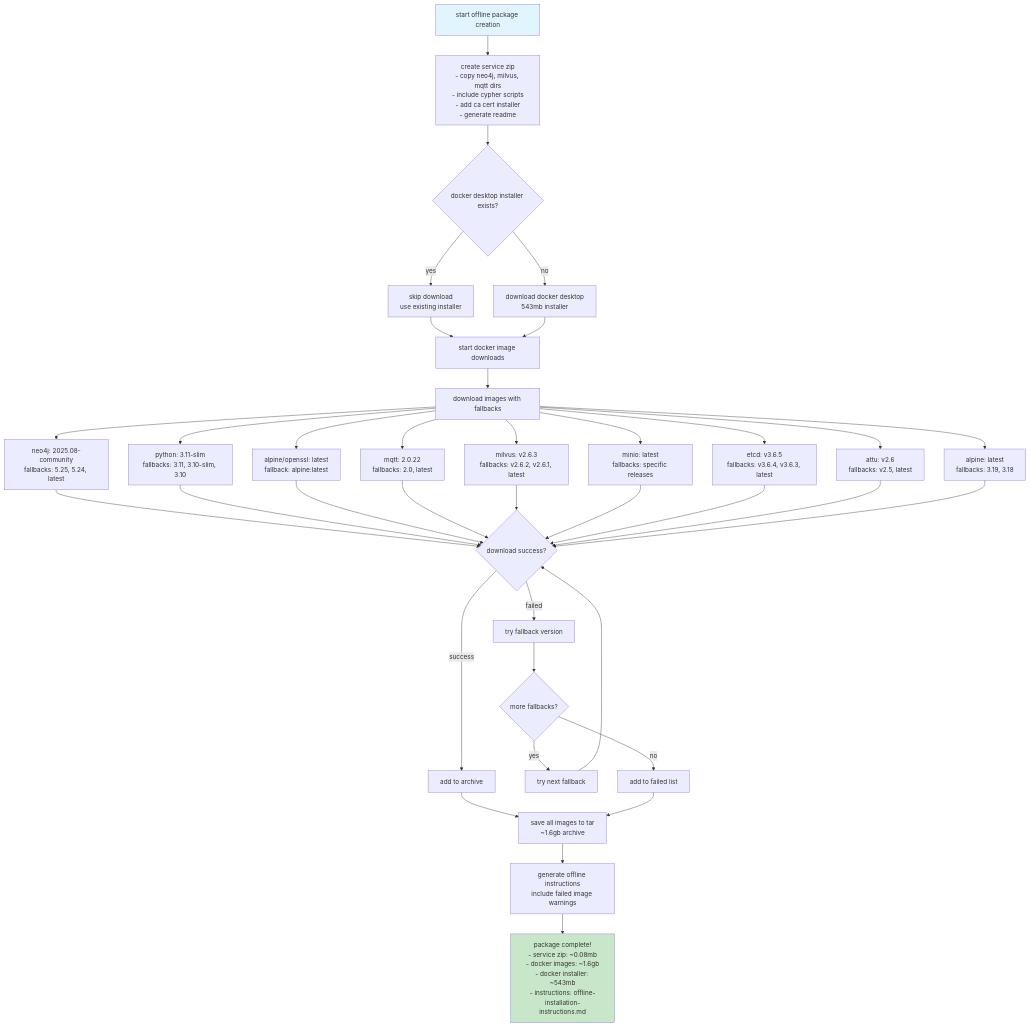
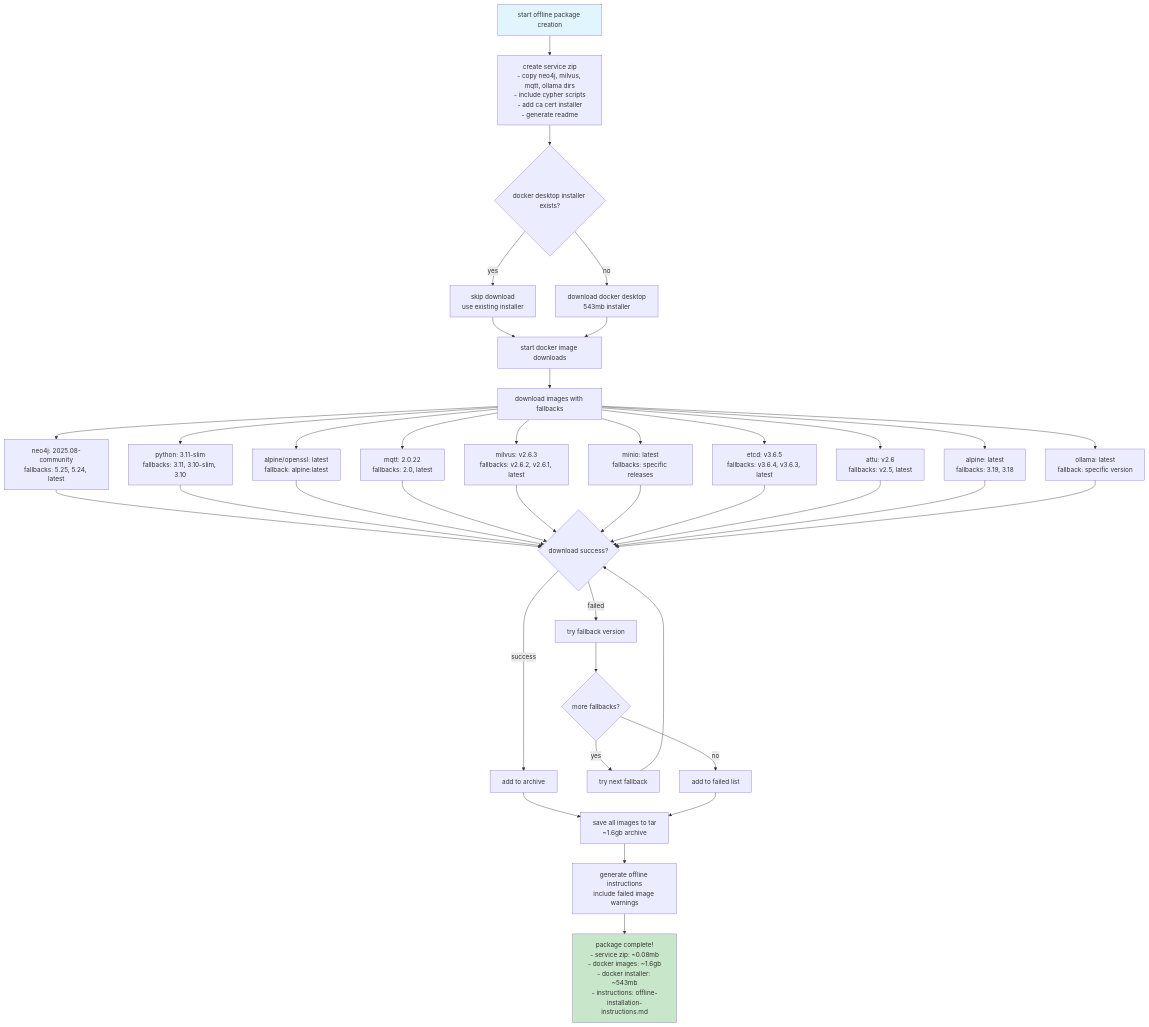
One commit to XMPro/Multi-Agent changed the second of 7 diagrams in docs/installation/docker/complete-deployment-flowchart.md. Above: the diagram before and after it, drawn with Mermaid. The commit also changed other lines of this file and 23 other files, not shown here.

````diff
--- a/docs/installation/docker/complete-deployment-flowchart.md
+++ b/docs/installation/docker/complete-deployment-flowchart.md
@@ -65,50 +70,52 @@
 ```mermaid
 flowchart TD
-    A[start offline package creation] --> B[create service zip<br/>- copy neo4j, milvus, mqtt dirs<br/>- include cypher scripts<br/>- add ca cert installer<br/>- generate readme]
+    A[start offline package creation] --> B[create service zip<br/>- copy neo4j, milvus, mqtt, ollama dirs<br/>- include cypher scripts<br/>- add ca cert installer<br/>- generate readme]
     
     B --> C{docker desktop installer exists?}
     C -->|yes| D[skip download<br/>use existing installer]
     C -->|no| E[download docker desktop<br/>543mb installer]
     
     D --> F[start docker image downloads]
     E --> F
     
     F --> G[download images with fallbacks]
     
     G --> H[neo4j: 2025.08-community<br/>fallbacks: 5.25, 5.24, latest]
     G --> I[python: 3.11-slim<br/>fallbacks: 3.11, 3.10-slim, 3.10]
     G --> J[alpine/openssl: latest<br/>fallback: alpine:latest]
     G --> K[mqtt: 2.0.22<br/>fallbacks: 2.0, latest]
     G --> L[milvus: v2.6.3<br/>fallbacks: v2.6.2, v2.6.1, latest]
     G --> M[minio: latest<br/>fallbacks: specific releases]
     G --> N[etcd: v3.6.5<br/>fallbacks: v3.6.4, v3.6.3, latest]
     G --> O[attu: v2.6<br/>fallbacks: v2.5, latest]
     G --> P[alpine: latest<br/>fallbacks: 3.19, 3.18]
+    G --> PA[ollama: latest<br/>fallback: specific version]
     
     H --> Q{download success?}
     I --> Q
     J --> Q
     K --> Q
     L --> Q
     M --> Q
     N --> Q
     O --> Q
     P --> Q
+    PA --> Q
     
     Q -->|success| R[add to archive]
     Q -->|failed| S[try fallback version]
     S --> T{more fallbacks?}
     T -->|yes| U[try next fallback]
     U --> Q
     T -->|no| V[add to failed list]
     
     R --> W[save all images to tar<br/>~1.6gb archive]
     V --> W
     
     W --> X[generate offline instructions<br/>include failed image warnings]
     
     X --> Y[package complete!<br/>- service zip: ~0.08mb<br/>- docker images: ~1.6gb<br/>- docker installer: ~543mb<br/>- instructions: offline-installation-instructions.md]
     
     style A fill:#e1f5fe
     style Y fill:#c8e6c9
 ```
````
